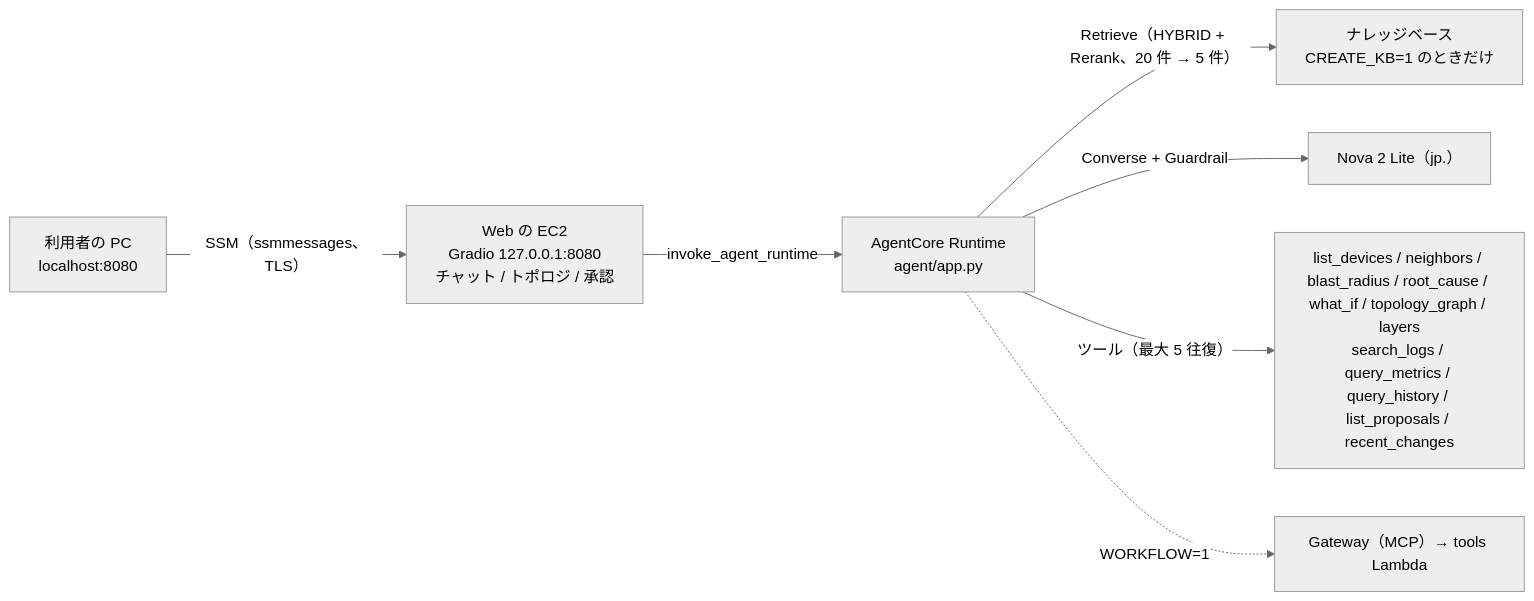
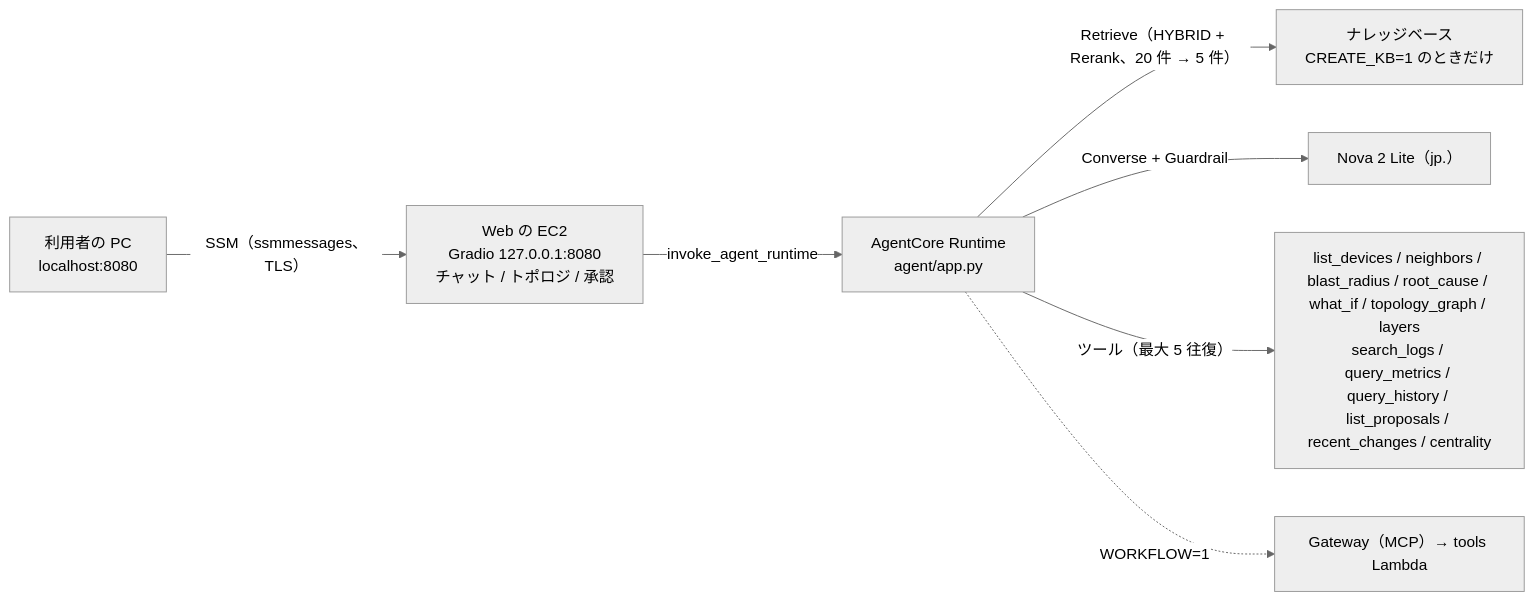
The diagram in docs/architecture/agent.md (eddie-eights/nwc-poc), drawn with Mermaid (neutral theme) before and after one commit. The commit also changed other lines of this file and 58 other files, not shown here.

````diff
--- a/docs/architecture/agent.md
+++ b/docs/architecture/agent.md
@@ -9,9 +9,9 @@
 ```mermaid
 flowchart LR
   PC["利用者の PC<br/>localhost:8080"] -->|"SSM（ssmmessages、TLS）"| WEB["Web の EC2<br/>Gradio 127.0.0.1:8080<br/>チャット / トポロジ / 承認"]
   WEB -->|"invoke_agent_runtime"| RT["AgentCore Runtime<br/>agent/app.py"]
   RT -->|"Retrieve（HYBRID + Rerank、20 件 → 5 件）"| KB["ナレッジベース<br/>CREATE_KB=1 のときだけ"]
   RT -->|"Converse + Guardrail"| LLM["Nova 2 Lite（jp.）"]
-  RT -->|"ツール（最大 5 往復）"| TOOLS["list_devices / neighbors / blast_radius / root_cause / what_if / topology_graph / layers<br/>search_logs / query_metrics / query_history / list_proposals / recent_changes"]
+  RT -->|"ツール（最大 5 往復）"| TOOLS["list_devices / neighbors / blast_radius / root_cause / what_if / topology_graph / layers<br/>search_logs / query_metrics / query_history / list_proposals / recent_changes / centrality"]
   RT -.->|"WORKFLOW=1"| GW["Gateway（MCP）→ tools Lambda"]
 ```
````
